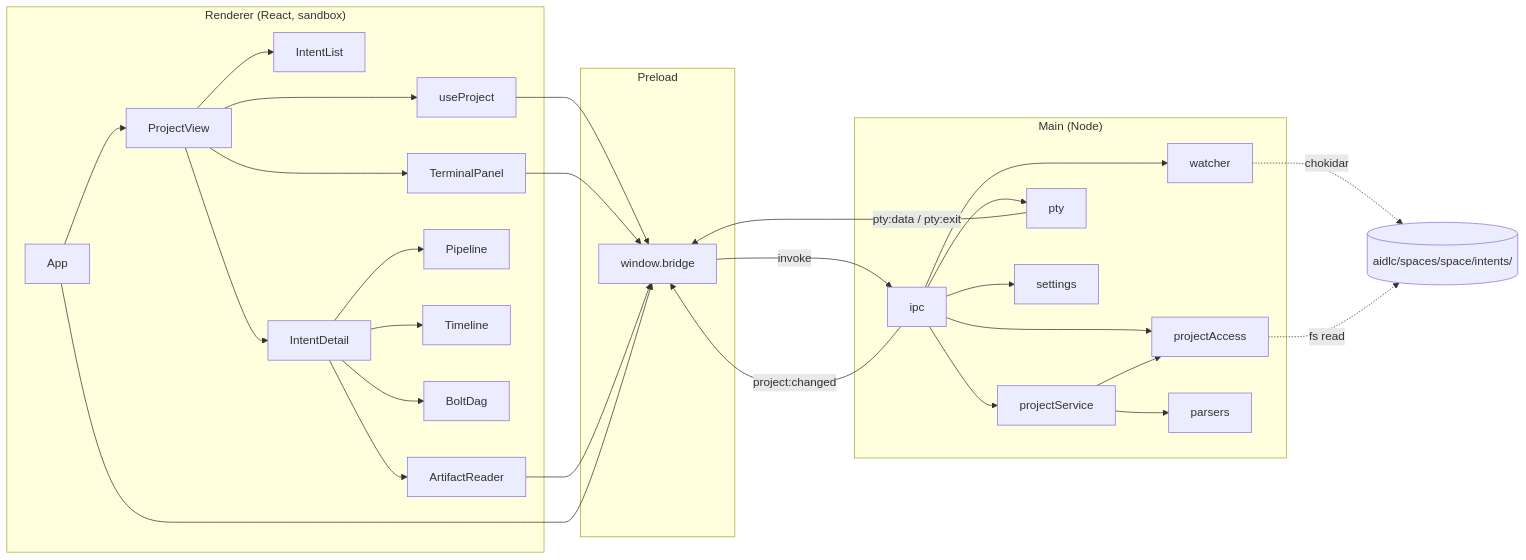
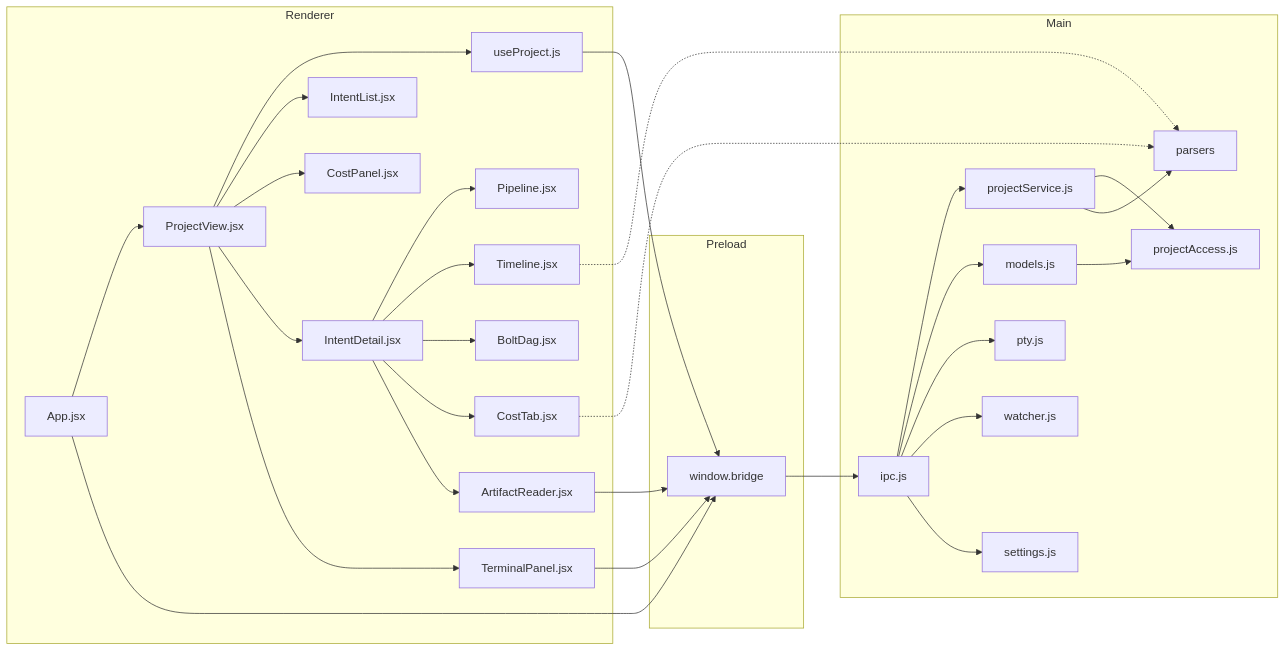
The first of 4 diagrams in aidlc/spaces/default/codekb/aidlc-dash/architecture.md (tochman/ai-dlc-thadeus), drawn with Mermaid before and after one commit. The commit also changed other lines of this file and 74 other files, not shown here.

````diff
--- a/aidlc/spaces/default/codekb/aidlc-dash/architecture.md
+++ b/aidlc/spaces/default/codekb/aidlc-dash/architecture.md
@@ -15,35 +17,36 @@
 ```mermaid
 flowchart LR
-  subgraph Renderer["Renderer (React, sandbox)"]
-    App --> ProjectView
-    ProjectView --> useProject
-    ProjectView --> TerminalPanel
-    ProjectView --> IntentList
-    ProjectView --> IntentDetail
-    IntentDetail --> Pipeline
-    IntentDetail --> Timeline
-    IntentDetail --> BoltDag
-    IntentDetail --> ArtifactReader
+  subgraph Renderer
+    App[App.jsx] --> PV[ProjectView.jsx]
+    PV --> UP[useProject.js]
+    PV --> IL[IntentList.jsx]
+    PV --> CP[CostPanel.jsx]
+    PV --> ID[IntentDetail.jsx]
+    PV --> TP[TerminalPanel.jsx]
+    ID --> PL[Pipeline.jsx]
+    ID --> TL[Timeline.jsx]
+    ID --> BD[BoltDag.jsx]
+    ID --> CT[CostTab.jsx]
+    ID --> AR[ArtifactReader.jsx]
   end
   subgraph Preload
-    bridge["window.bridge"]
+    BR[window.bridge]
   end
-  subgraph Main["Main (Node)"]
-    ipc --> projectService
-    ipc --> watcher
-    ipc --> pty
-    ipc --> settings
-    ipc --> projectAccess
-    projectService --> parsers
-    projectService --> projectAccess
+  subgraph Main
+    IPC[ipc.js] --> PS[projectService.js]
+    IPC --> MD[models.js]
+    IPC --> PTY[pty.js]
+    IPC --> WT[watcher.js]
+    IPC --> ST[settings.js]
+    PS --> PA[projectAccess.js]
+    MD --> PA
+    PS --> PR[parsers]
   end
-  useProject --> bridge
-  TerminalPanel --> bridge
-  ArtifactReader --> bridge
-  App --> bridge
-  bridge -->|invoke| ipc
-  ipc -->|project:changed| bridge
-  pty -->|pty:data / pty:exit| bridge
-  watcher -.->|chokidar| FS[("aidlc/spaces/space/intents/")]
-  projectAccess -.->|fs read| FS
+  App --> BR
+  UP --> BR
+  TP --> BR
+  AR --> BR
+  BR --> IPC
+  TL -.-> PR
+  CT -.-> PR
 ```
````
